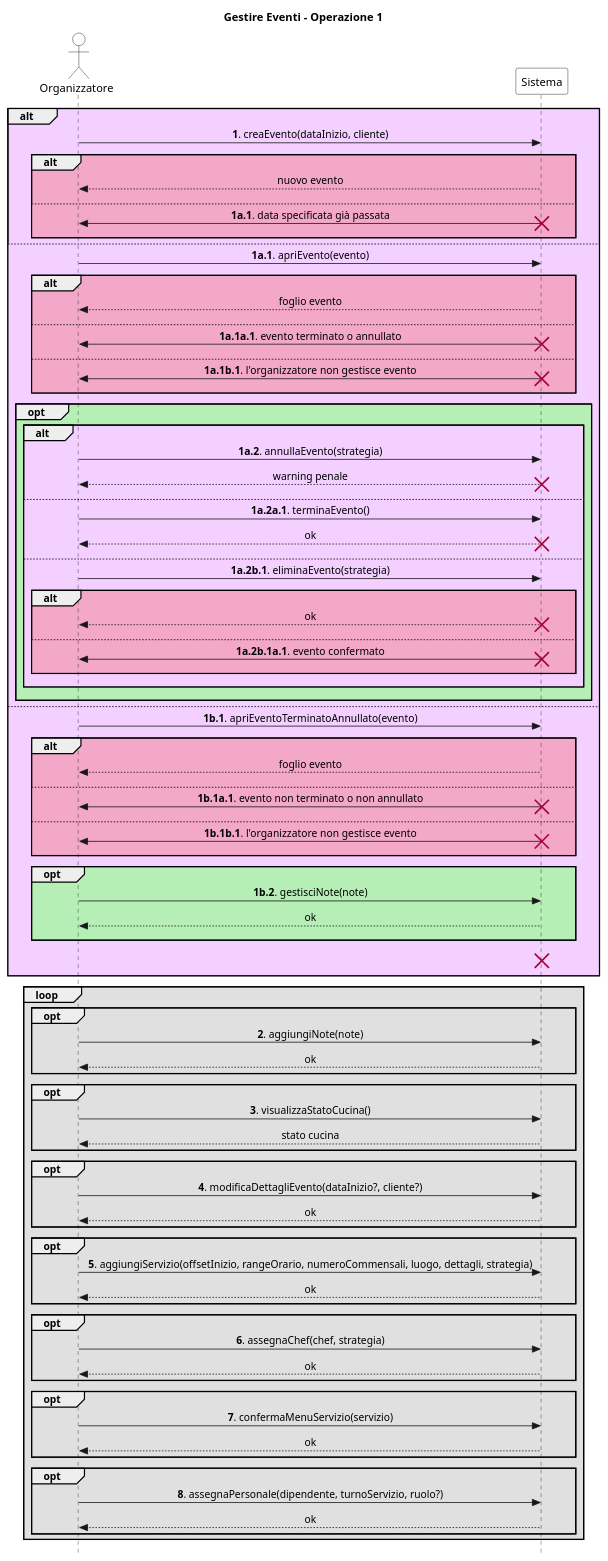
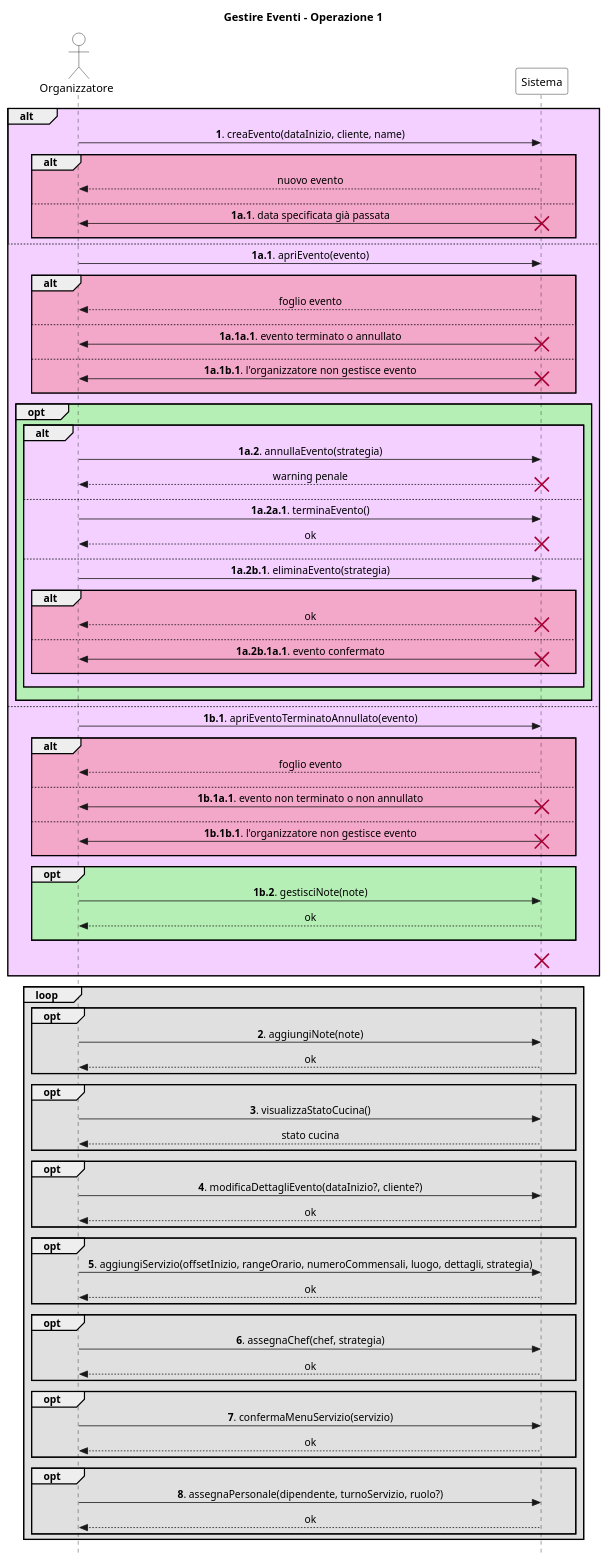
Before and after one commit to stefa168/sas-project: the diagram in UP/Requisiti/UC Gestire Eventi/SSD/Estensioni-Eccezioni Op1.puml, drawn with PlantUML. The commit also changed 6 other files, not shown here.

```diff
--- a/UP/Requisiti/UC Gestire Eventi/SSD/Estensioni-Eccezioni Op1.puml
+++ b/UP/Requisiti/UC Gestire Eventi/SSD/Estensioni-Eccezioni Op1.puml
@@ -1,132 +1,132 @@
 @startuml
 skinparam Style strictuml
 skinparam SequenceMessageAlign center
 
 skinparam sequence {
     ActorBorderColor Black
     ActorBackgroundColor White
     ParticipantBorderColor Black
     ParticipantBackgroundColor White
 }
 
 actor "Organizzatore" as org
 participant Sistema
 
 title Gestire Eventi - Operazione 1
 
 alt #f3d0ff
-    org -> Sistema: **1**. creaEvento(dataInizio, cliente)
+    org -> Sistema: **1**. creaEvento(dataInizio, cliente, name)
     alt #f3a7c9
         return nuovo evento
         ||10||
     else
         org <- Sistema: **1a.1**. data specificata già passata
         destroy Sistema
         ||10||
     end
 else
     org -> Sistema: **1a.1**. apriEvento(evento)
     alt #f3a7c9
         return foglio evento
         ||10||
     else
         org <- Sistema: **1a.1a.1**. evento terminato o annullato
         destroy Sistema
         ||10||
     else
         org <- Sistema: **1a.1b.1**. l'organizzatore non gestisce evento
         destroy Sistema
         ||10||
     end
 
     opt #b6efb6
         alt #f3d0ff
             org -> Sistema: **1a.2**. annullaEvento(strategia)
             return warning penale
             destroy Sistema
             ||10||
         else
             org -> Sistema: **1a.2a.1**. terminaEvento()
             return ok
             destroy Sistema
             ||10||
         else
             org -> Sistema: **1a.2b.1**. eliminaEvento(strategia)
             alt #f3a7c9
                 return ok
                 destroy Sistema
                 ||10||
             else
                org <- Sistema: **1a.2b.1a.1**. evento confermato
                destroy Sistema
                ||10||
             end
             ||10||
         end
         ' non abbiamo modo di modificare il colore della X
         ||10||
     end
 else
     org -> Sistema: **1b.1**. apriEventoTerminatoAnnullato(evento)
     alt #f3a7c9
         return foglio evento
         ||10||
     else
         org <- Sistema: **1b.1a.1**. evento non terminato o non annullato
         destroy Sistema
         ||10||
     else
         org <- Sistema: **1b.1b.1**. l'organizzatore non gestisce evento
         destroy Sistema
         ||10||
     end
 
     opt #b6efb6
         org -> Sistema: **1b.2**. gestisciNote(note)
         return ok
         ||10||
     end
 
     ||10||
     destroy Sistema
 '    note over org, Sistema #fff: Il caso d'uso termina.
     ||10||
 end
 
 loop #e0e0e0
     opt #e0e0e0
         org -> Sistema: **2**. aggiungiNote(note)
         return ok
     end
 
     opt #e0e0e0
         org -> Sistema: **3**. visualizzaStatoCucina()
         return stato cucina
     end
 
     opt #e0e0e0
         org -> Sistema: **4**. modificaDettagliEvento(dataInizio?, cliente?)
         return ok
     end
 
     opt #e0e0e0
         org -> Sistema: **5**. aggiungiServizio(offsetInizio, rangeOrario, numeroCommensali, luogo, dettagli, strategia)
         return ok
     end
 
     opt #e0e0e0
         org -> Sistema: **6**. assegnaChef(chef, strategia)
         return ok
     end
 
     opt #e0e0e0
         org -> Sistema: **7**. confermaMenuServizio(servizio)
         return ok
     end
 
     opt #e0e0e0
         org -> Sistema: **8**. assegnaPersonale(dipendente, turnoServizio, ruolo?)
         return ok
     end
 end
 @enduml
```
